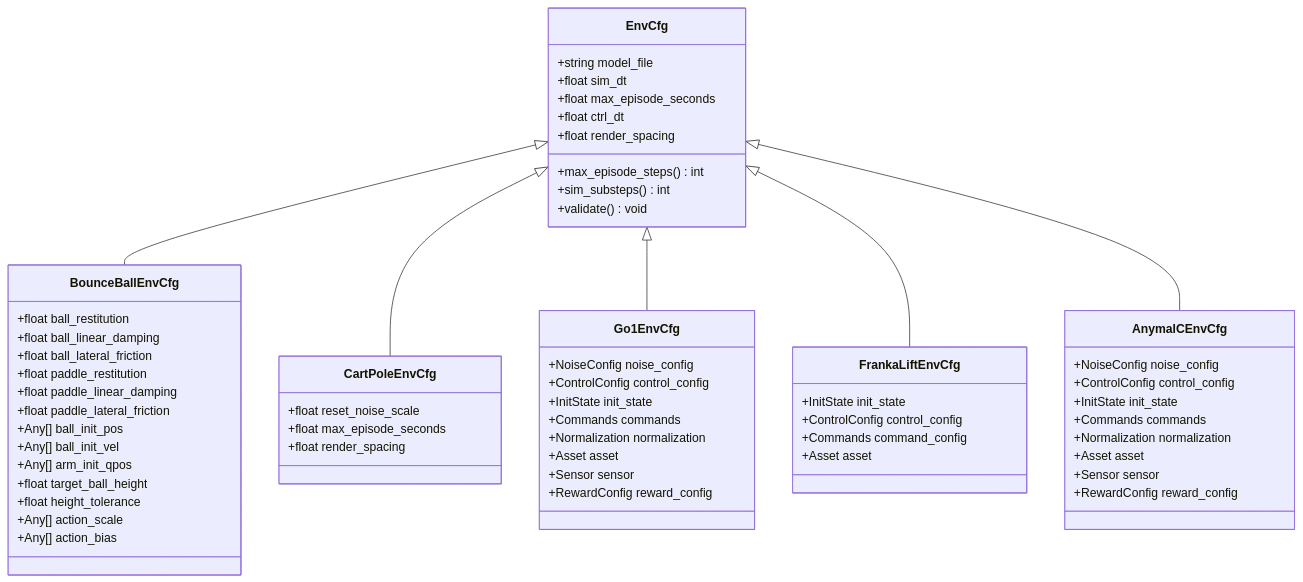
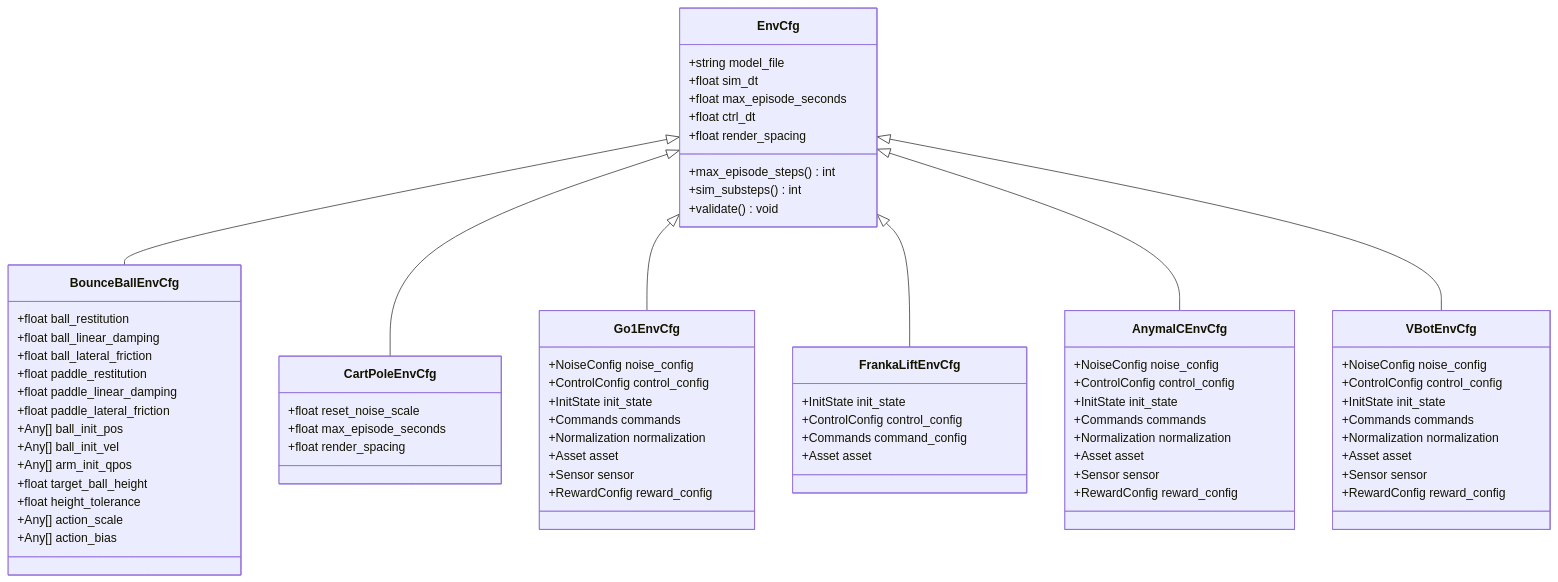
Before and after one commit to jayjayhust/MotrixLab: the third of 11 diagrams in .qoder/repowiki/en/content/Configuration System.md, drawn with Mermaid. The commit also changed other lines of this file and 15 other files, not shown here.

````diff
--- a/.qoder/repowiki/en/content/Configuration System.md
+++ b/.qoder/repowiki/en/content/Configuration System.md
@@ -178,64 +194,75 @@
 ```mermaid
 classDiagram
 class EnvCfg {
 +string model_file
 +float sim_dt
 +float max_episode_seconds
 +float ctrl_dt
 +float render_spacing
 +max_episode_steps() int
 +sim_substeps() int
 +validate() void
 }
 class BounceBallEnvCfg {
 +float ball_restitution
 +float ball_linear_damping
 +float ball_lateral_friction
 +float paddle_restitution
 +float paddle_linear_damping
 +float paddle_lateral_friction
 +Any[] ball_init_pos
 +Any[] ball_init_vel
 +Any[] arm_init_qpos
 +float target_ball_height
 +float height_tolerance
 +Any[] action_scale
 +Any[] action_bias
 }
 class CartPoleEnvCfg {
 +float reset_noise_scale
 +float max_episode_seconds
 +float render_spacing
 }
 class Go1EnvCfg {
 +NoiseConfig noise_config
 +ControlConfig control_config
 +InitState init_state
 +Commands commands
 +Normalization normalization
 +Asset asset
 +Sensor sensor
 +RewardConfig reward_config
 }
 class FrankaLiftEnvCfg {
 +InitState init_state
 +ControlConfig control_config
 +Commands command_config
 +Asset asset
 }
 class AnymalCEnvCfg {
 +NoiseConfig noise_config
 +ControlConfig control_config
 +InitState init_state
 +Commands commands
 +Normalization normalization
 +Asset asset
 +Sensor sensor
 +RewardConfig reward_config
 }
+class VBotEnvCfg {
++NoiseConfig noise_config
++ControlConfig control_config
++InitState init_state
++Commands commands
++Normalization normalization
++Asset asset
++Sensor sensor
++RewardConfig reward_config
+}
 EnvCfg <|-- BounceBallEnvCfg
 EnvCfg <|-- CartPoleEnvCfg
 EnvCfg <|-- Go1EnvCfg
 EnvCfg <|-- FrankaLiftEnvCfg
 EnvCfg <|-- AnymalCEnvCfg
+EnvCfg <|-- VBotEnvCfg
 ```
````
